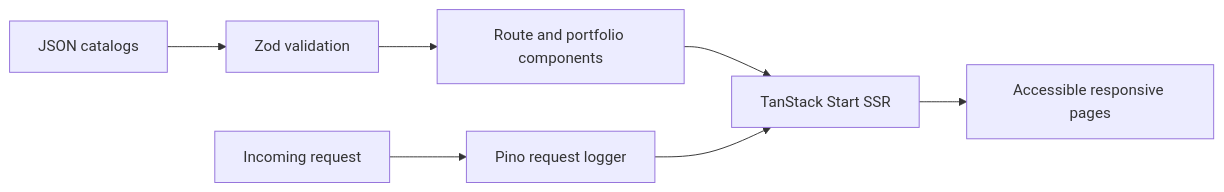
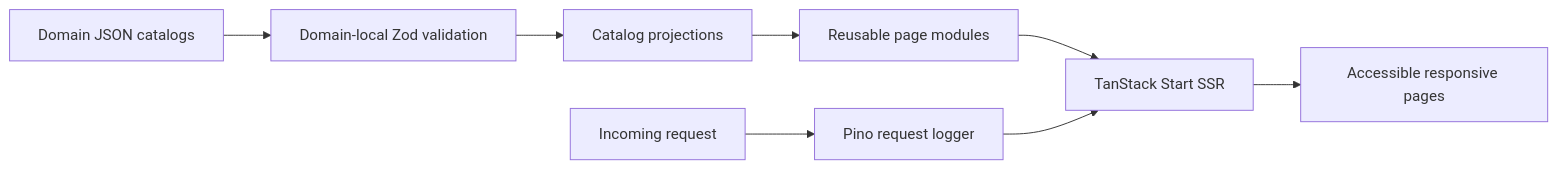
The diagram in README.md (montasim/v2), drawn with Mermaid before and after one commit. The commit also changed other lines of this file and 129 other files, not shown here.

````diff
--- a/README.md
+++ b/README.md
@@ -77,9 +77,10 @@
 ```mermaid
 flowchart LR
-    A[JSON catalogs] --> B[Zod validation]
-    B --> C[Route and portfolio components]
-    C --> D[TanStack Start SSR]
-    D --> E[Accessible responsive pages]
+    A[Domain JSON catalogs] --> B[Domain-local Zod validation]
+    B --> C[Catalog projections]
+    C --> D[Reusable page modules]
+    D --> E[TanStack Start SSR]
+    E --> H[Accessible responsive pages]
     F[Incoming request] --> G[Pino request logger]
-    G --> D
+    G --> E
 ```
````
